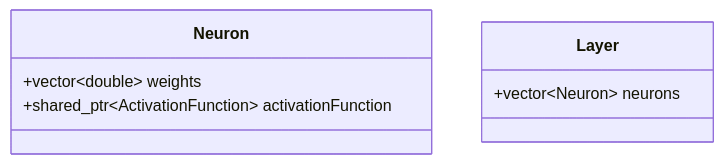
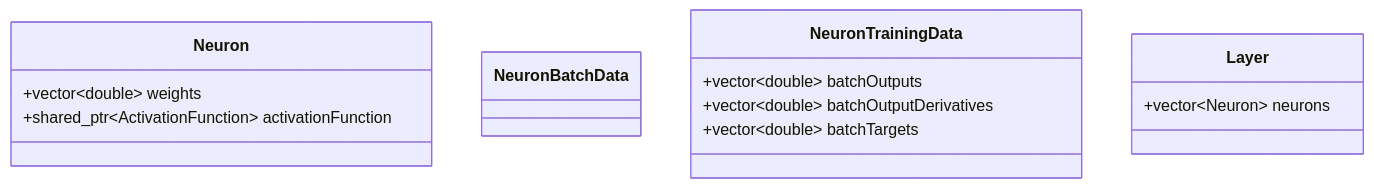
One commit to alejandrofsevilla/neural-network-notes changed the fourth of 5 diagrams in README.md. Above: the diagram before and after it, drawn with Mermaid.

````diff
--- a/README.md
+++ b/README.md
@@ -330,9 +330,14 @@
 ```mermaid
 classDiagram
 class Neuron
 Neuron: +vector~double~ weights
 Neuron: +shared_ptr~ActivationFunction~ activationFunction
 
+class NeuronBatchData
+NeuronTrainingData: +vector~double~ batchOutputs
+NeuronTrainingData: +vector~double~ batchOutputDerivatives
+NeuronTrainingData: +vector~double~ batchTargets
+
 class Layer
 Layer: +vector~Neuron~ neurons
 ```
````
